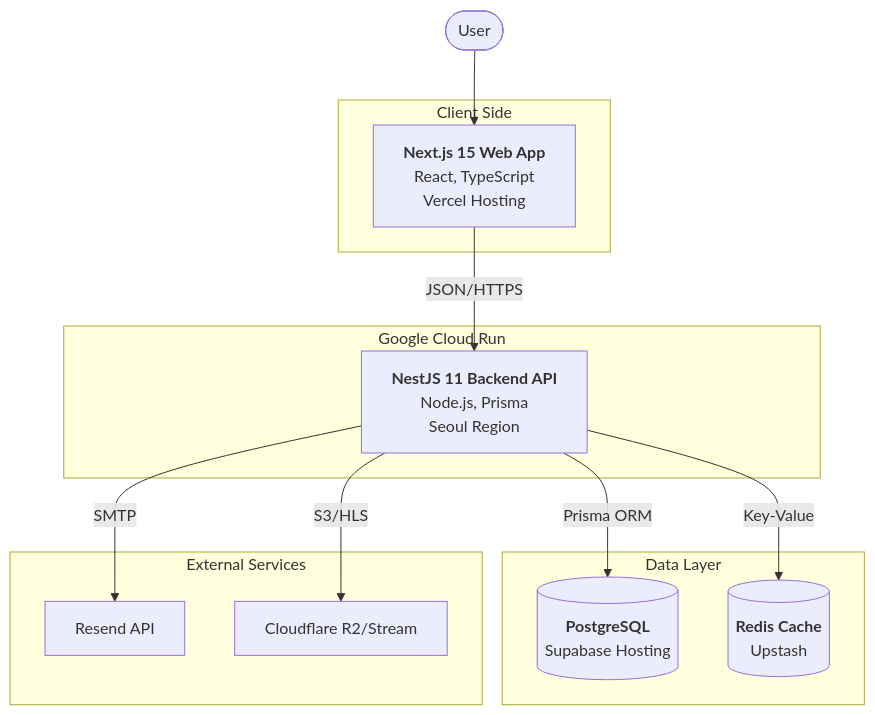
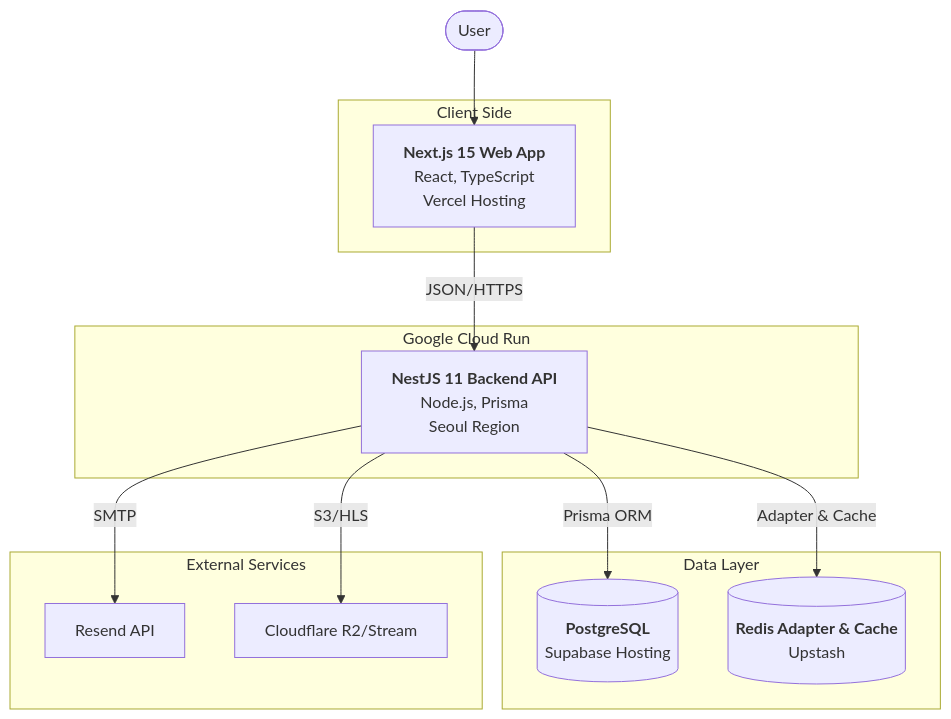
The second of 3 diagrams in docs/02-architecture/C4_DIAGRAMS.md (hamkkebom/Ask-the-Stars), drawn with Mermaid before and after one commit. The commit also changed other lines of this file and 400 other files, not shown here.

````diff
--- a/docs/02-architecture/C4_DIAGRAMS.md
+++ b/docs/02-architecture/C4_DIAGRAMS.md
@@ -30,27 +30,27 @@
 ```mermaid
 graph TB
     subgraph Client [Client Side]
         Web[<b>Next.js 15 Web App</b>\nReact, TypeScript\nVercel Hosting]
     end
 
     subgraph Server [Google Cloud Run]
         API[<b>NestJS 11 Backend API</b>\nNode.js, Prisma\nSeoul Region]
     end
 
     subgraph Database [Data Layer]
         PSQL[(<b>PostgreSQL</b>\nSupabase Hosting)]
-        Redis[(<b>Redis Cache</b>\nUpstash)]
+        Redis[(<b>Redis Adapter & Cache</b>\nUpstash)]
     end
 
     subgraph External [External Services]
         Email[Resend API]
         R2[Cloudflare R2/Stream]
     end
 
     User([User]) --> Web
     Web -->|JSON/HTTPS| API
     API -->|Prisma ORM| PSQL
-    API -->|Key-Value| Redis
+    API -->|Adapter & Cache| Redis
     API -->|SMTP| Email
     API -->|S3/HLS| R2
 ```
````
